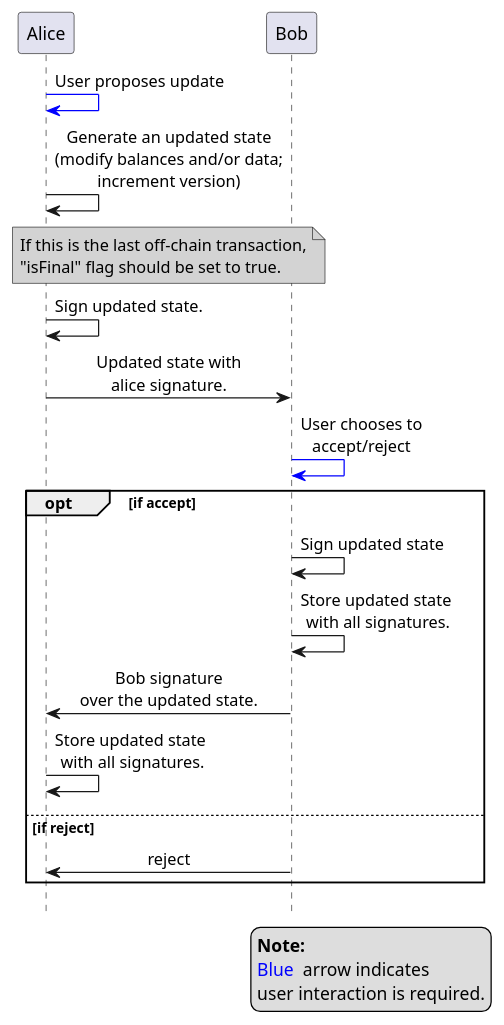
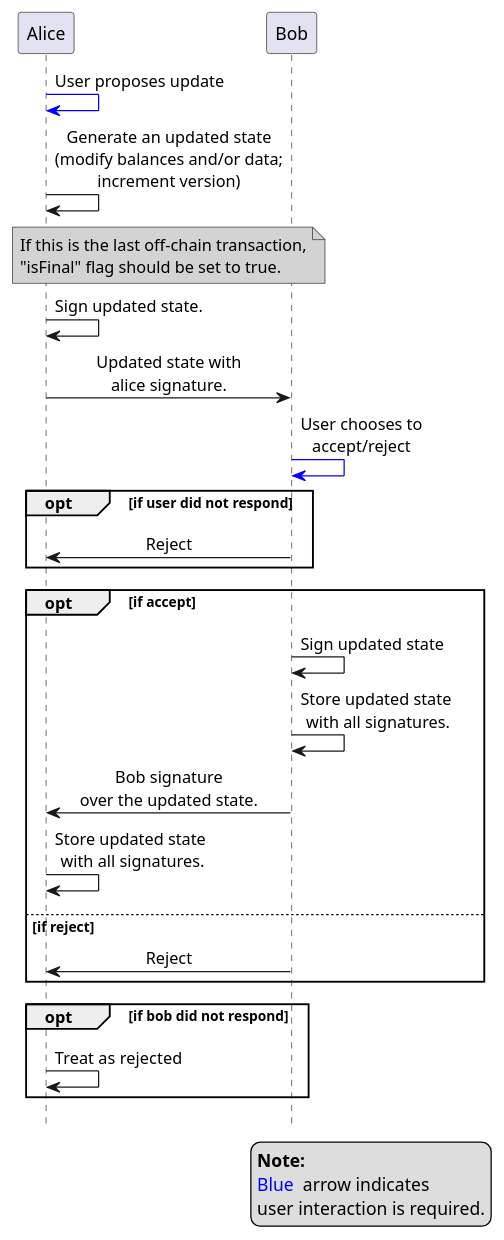
Before and after one commit to hyperledger-labs/perun-doc: the diagram in source/images/concepts/transact_generic.plantuml, drawn with PlantUML. The commit also changed 13 other files, not shown here.

```diff
--- a/source/images/concepts/transact_generic.plantuml
+++ b/source/images/concepts/transact_generic.plantuml
@@ -4,33 +4,39 @@
 @startuml transact_generic
 !pragma teoz true
 hide footbox
 skinparam SequenceMessageAlign center
 
 participant "Alice" as alice
 participant "Bob" as bob
 
 alice -[#blue]> alice: User proposes update
 alice -> alice: Generate an updated state\n(modify balances and/or data;\nincrement version)
 note over alice, bob #LightGray
 If this is the last off-chain transaction,
 "isFinal" flag should be set to true.
 endnote
 alice -> alice: Sign updated state.
 alice -> bob: Updated state with\nalice signature.
 bob -[#blue]> bob: User chooses to\naccept/reject
+opt if user did not respond
+alice <- bob: Reject
+end
 opt if accept 
 bob -> bob: Sign updated state
 bob -> bob: Store updated state \nwith all signatures.
 alice <- bob: Bob signature\nover the updated state.
 alice -> alice: Store updated state \nwith all signatures.
 else if reject
-alice <- bob: reject
+alice <- bob: Reject
+end
+opt if bob did not respond
+alice -> alice: Treat as rejected
 end
 
 legend bottom right
 <b>Note:</b>
 <color:blue>Blue </color> arrow indicates
 user interaction is required.
 endlegend
 
 @enduml
```
